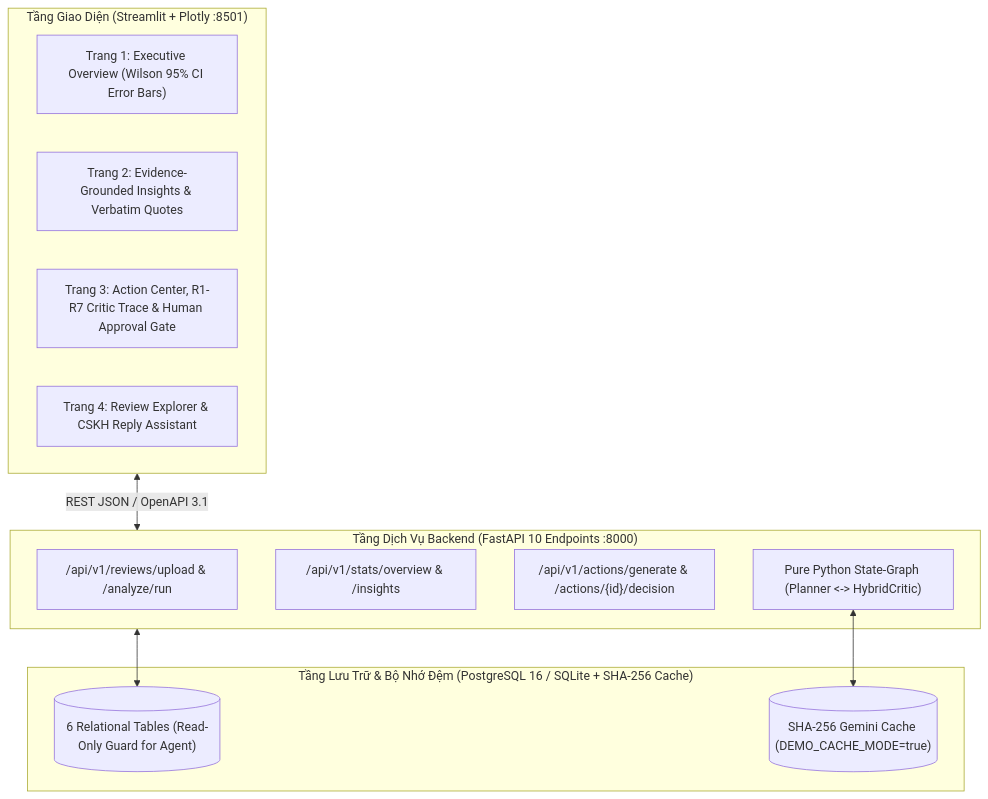
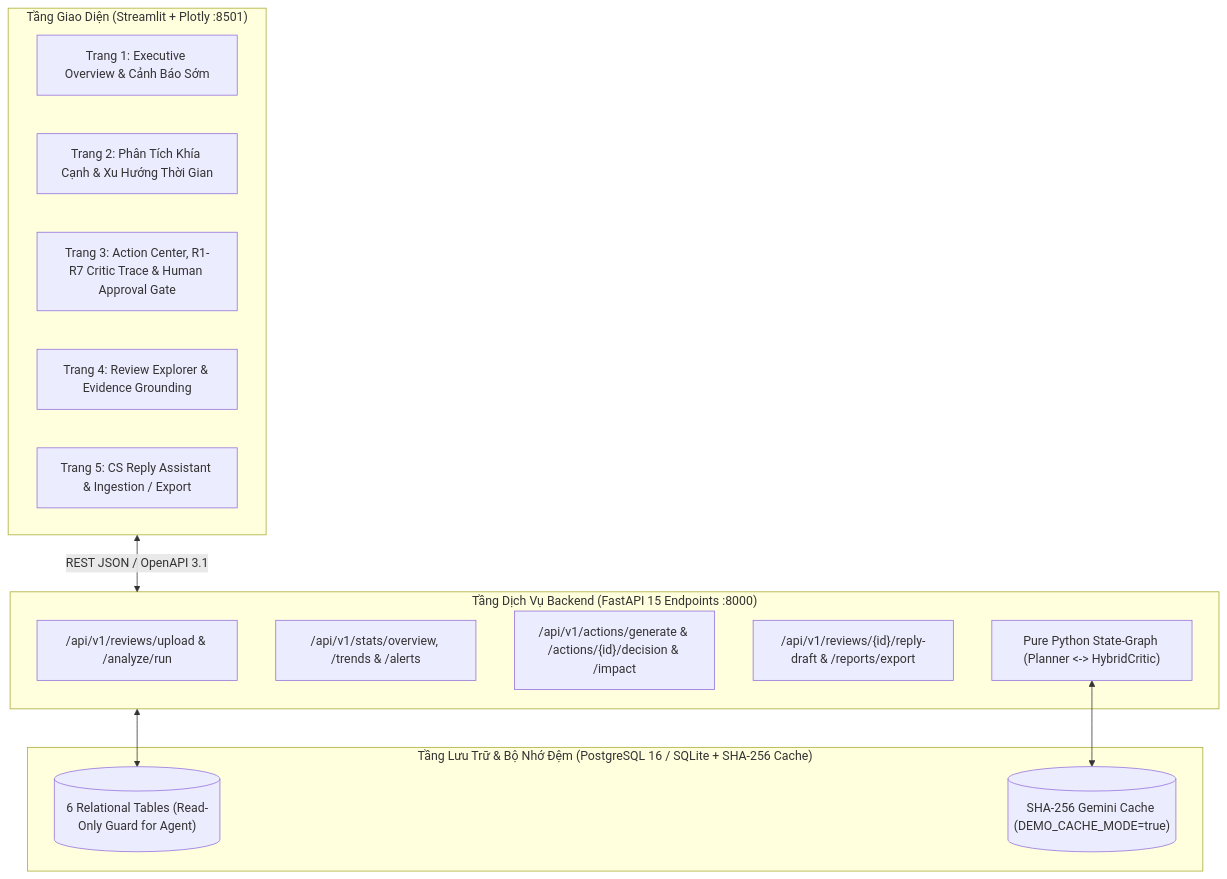
Before and after one commit to MenBoyBMN/EcomReview-AI: the diagram in docs/report/ch3_system_arch.md, drawn with Mermaid. The commit also changed other lines of this file and 39 other files, not shown here.

Commit message:
hoàn thiện 15 endpoint API, dashboard 5 trang, kết nối postgres và cảnh báo sớm

````diff
--- a/docs/report/ch3_system_arch.md
+++ b/docs/report/ch3_system_arch.md
@@ -7,25 +7,27 @@
 ```mermaid
 flowchart TB
     subgraph UI["Tầng Giao Diện (Streamlit + Plotly :8501)"]
-        P1["Trang 1: Executive Overview (Wilson 95% CI Error Bars)"]
-        P2["Trang 2: Evidence-Grounded Insights & Verbatim Quotes"]
+        P1["Trang 1: Executive Overview & Cảnh Báo Sớm"]
+        P2["Trang 2: Phân Tích Khía Cạnh & Xu Hướng Thời Gian"]
         P3["Trang 3: Action Center, R1-R7 Critic Trace & Human Approval Gate"]
-        P4["Trang 4: Review Explorer & CSKH Reply Assistant"]
+        P4["Trang 4: Review Explorer & Evidence Grounding"]
+        P5["Trang 5: CS Reply Assistant & Ingestion / Export"]
     end
 
-    subgraph API["Tầng Dịch Vụ Backend (FastAPI 10 Endpoints :8000)"]
+    subgraph API["Tầng Dịch Vụ Backend (FastAPI 15 Endpoints :8000)"]
         E1["/api/v1/reviews/upload & /analyze/run"]
-        E2["/api/v1/stats/overview & /insights"]
-        E3["/api/v1/actions/generate & /actions/{id}/decision"]
+        E2["/api/v1/stats/overview, /trends & /alerts"]
+        E3["/api/v1/actions/generate & /actions/{id}/decision & /impact"]
+        E4["/api/v1/reviews/{id}/reply-draft & /reports/export"]
         SG["Pure Python State-Graph (Planner <-> HybridCritic)"]
     end
 
     subgraph DB["Tầng Lưu Trữ & Bộ Nhớ Đệm (PostgreSQL 16 / SQLite + SHA-256 Cache)"]
         PG[("6 Relational Tables (Read-Only Guard for Agent)")]
         CA[("SHA-256 Gemini Cache (DEMO_CACHE_MODE=true)")]
     end
 
     UI <-->|"REST JSON / OpenAPI 3.1"| API
     API <--> PG
     SG <--> CA
 ```
````
